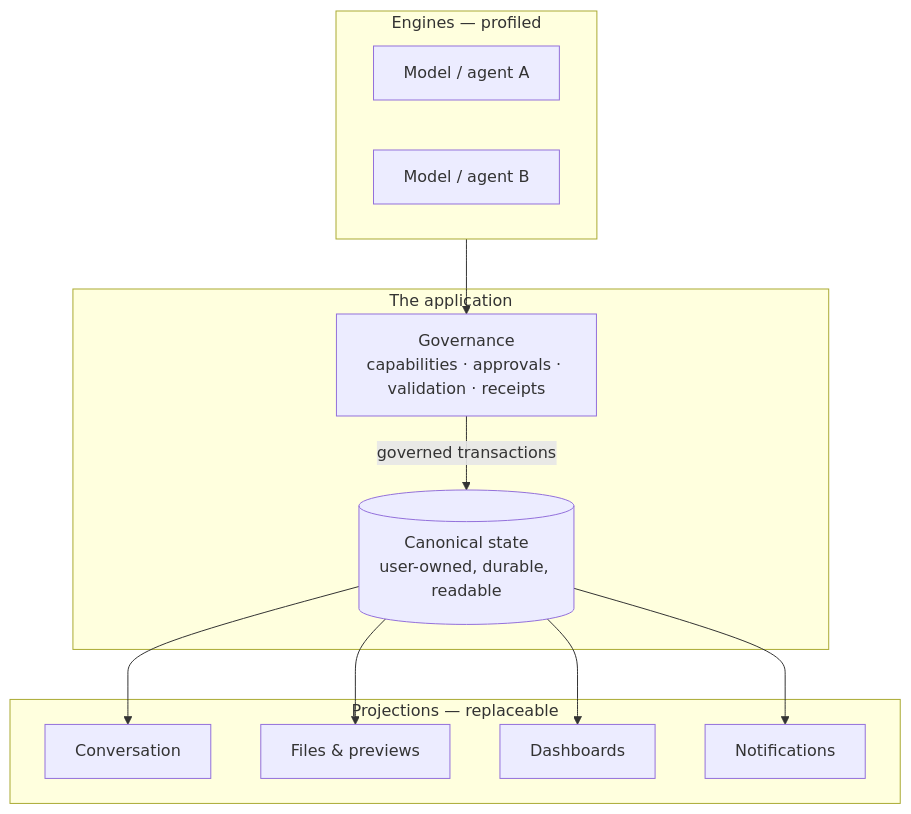
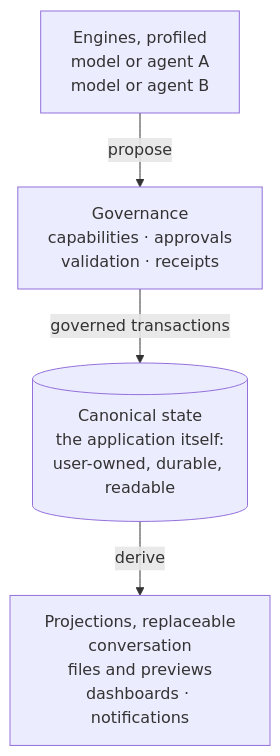
The diagram in assets/diagrams/src/paper/stateware-whitepaper-candidate-v1-2-01.mmd (lennertvhoy/StatePort-Site), drawn with Mermaid before and after one commit. The commit also changed 15 other files, not shown here.

First line of the commit message:
papers: phone-readable static diagrams for the earlier 1.2 draft; keep Publication note label

```diff
--- a/assets/diagrams/src/paper/stateware-whitepaper-candidate-v1-2-01.mmd
+++ b/assets/diagrams/src/paper/stateware-whitepaper-candidate-v1-2-01.mmd
@@ -1,21 +1,10 @@
 flowchart TB
-    subgraph BOUNDARY["The application"]
-        S[(Canonical state<br/>user-owned, durable, readable)]
-        GOV[Governance<br/>capabilities · approvals · validation · receipts]
-    end
-
-    subgraph VIEWS["Projections — replaceable"]
-        C[Conversation]
-        F[Files & previews]
-        D[Dashboards]
-        N[Notifications]
-    end
-
-    subgraph ENGINES["Engines — profiled"]
-        M1[Model / agent A]
-        M2[Model / agent B]
-    end
-
-    S --> C & F & D & N
-    ENGINES --> GOV
+    accTitle: The application is its state; everything else attaches at the edges
+    accDescr: Canonical state and governance form the application. Conversation, files and previews, dashboards, and notifications are replaceable projections derived from the state. Models and agents are profiled engines whose proposals reach the state only through governance.
+    ENGINES["Engines, profiled<br/>model or agent A<br/>model or agent B"]
+    GOV["Governance<br/>capabilities · approvals<br/>validation · receipts"]
+    S[("Canonical state<br/>the application itself:<br/>user-owned, durable, readable")]
+    VIEWS["Projections, replaceable<br/>conversation<br/>files and previews<br/>dashboards · notifications"]
+    ENGINES -->|"propose"| GOV
     GOV -->|"governed transactions"| S
+    S -->|"derive"| VIEWS
```
